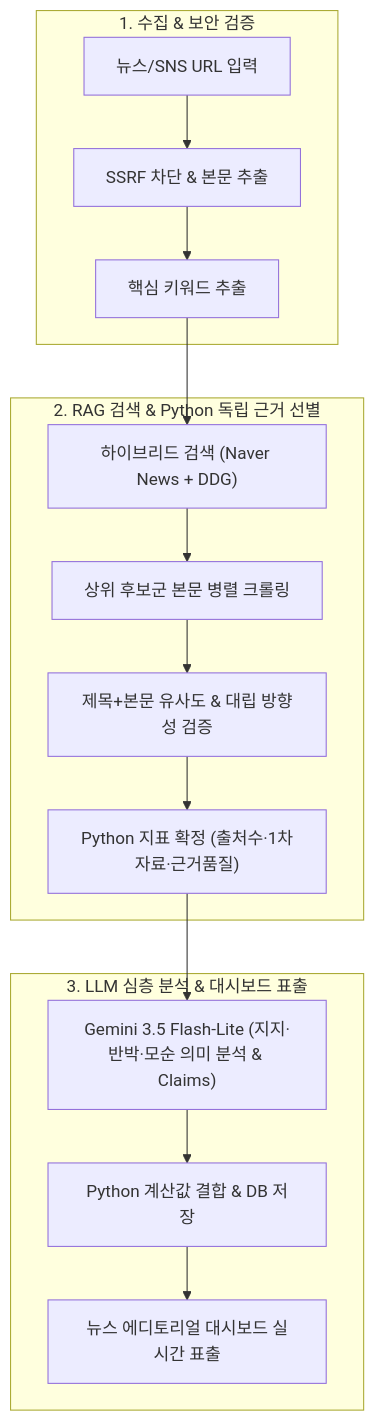
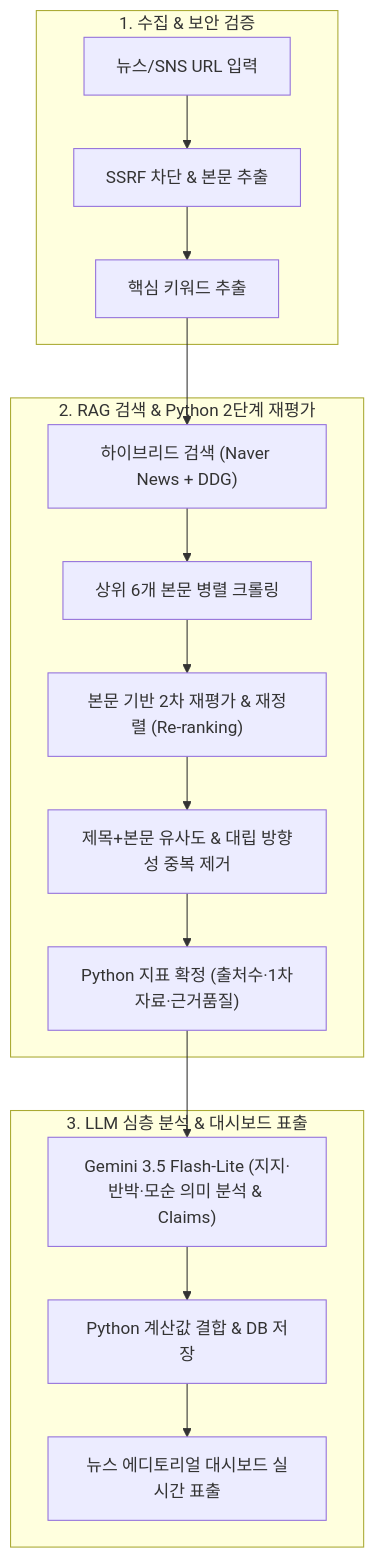
Before and after one commit to woosh0901-sys/fakenews: the diagram in README.md, drawn with Mermaid. The commit also changed other lines of this file, not shown here.

Commit message:
docs: update README with 2-stage body re-scoring, re-ranking, and 26 test suites

````diff
--- a/README.md
+++ b/README.md
@@ -34,20 +37,21 @@
 ```mermaid
 flowchart TD
     subgraph Stage1["1. 수집 & 보안 검증"]
         A["뉴스/SNS URL 입력"] --> B["SSRF 차단 & 본문 추출"]
         B --> C["핵심 키워드 추출"]
     end
 
-    subgraph Stage2["2. RAG 검색 & Python 독립 근거 선별"]
+    subgraph Stage2["2. RAG 검색 & Python 2단계 재평가"]
         C --> D["하이브리드 검색 (Naver News + DDG)"]
-        D --> E["상위 후보군 본문 병렬 크롤링"]
-        E --> F["제목+본문 유사도 & 대립 방향성 검증"]
-        F --> G["Python 지표 확정 (출처수·1차자료·근거품질)"]
+        D --> E["상위 6개 본문 병렬 크롤링"]
+        E --> F["본문 기반 2차 재평가 & 재정렬 (Re-ranking)"]
+        F --> G["제목+본문 유사도 & 대립 방향성 중복 제거"]
+        G --> H["Python 지표 확정 (출처수·1차자료·근거품질)"]
     end
 
     subgraph Stage3["3. LLM 심층 분석 & 대시보드 표출"]
-        G --> H["Gemini 3.5 Flash-Lite (지지·반박·모순 의미 분석 & Claims)"]
-        H --> I["Python 계산값 결합 & DB 저장"]
-        I --> J["뉴스 에디토리얼 대시보드 실시간 표출"]
+        H --> I["Gemini 3.5 Flash-Lite (지지·반박·모순 의미 분석 & Claims)"]
+        I --> J["Python 계산값 결합 & DB 저장"]
+        J --> K["뉴스 에디토리얼 대시보드 실시간 표출"]
     end
 ```
````
